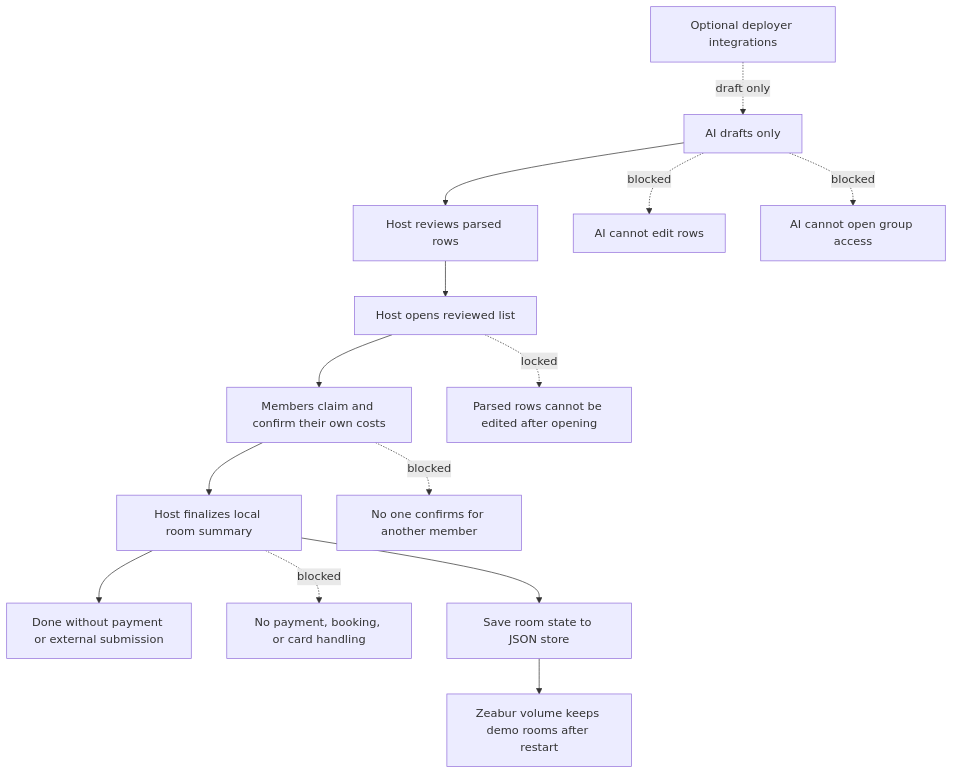
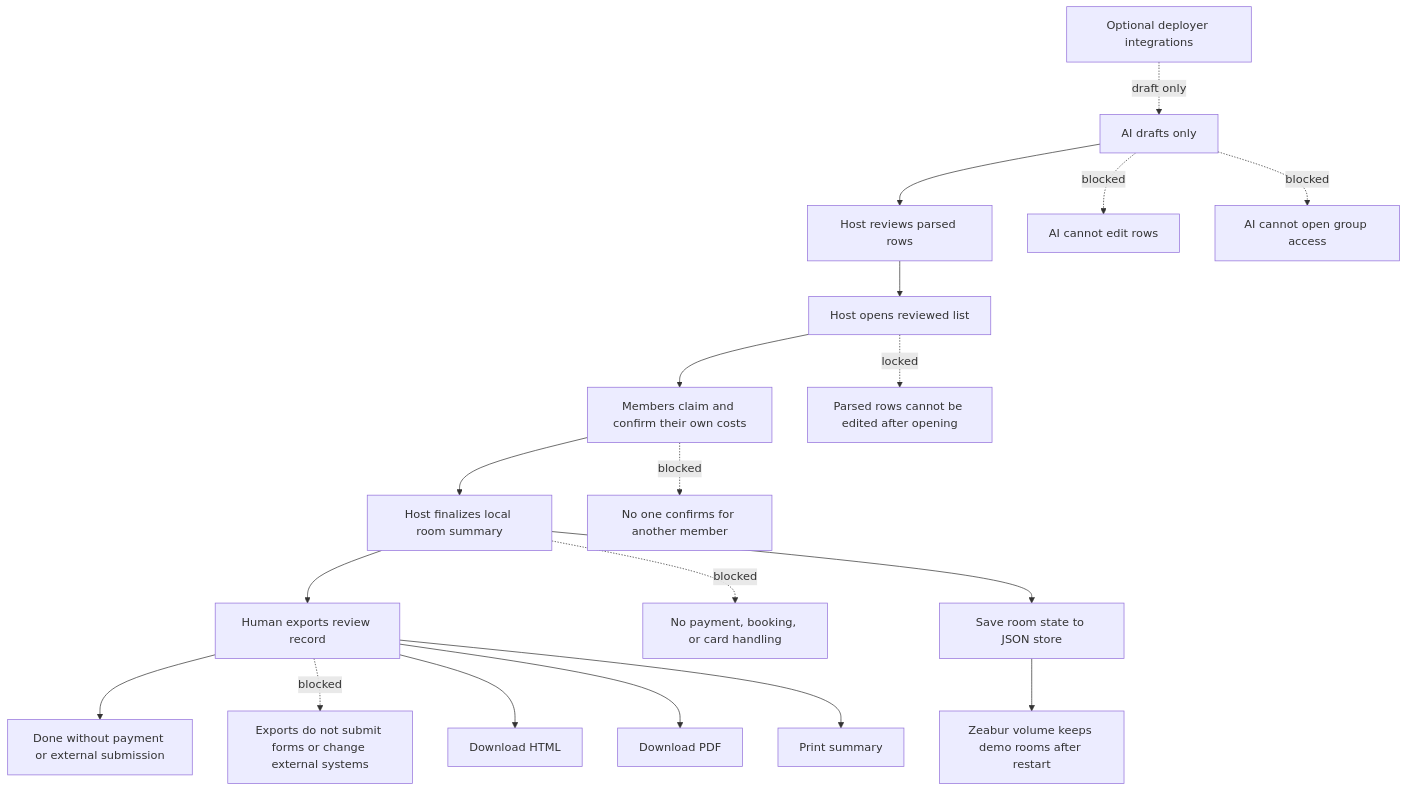
One commit to jiarong0423/shared-room-mcp changed the second of 7 diagrams in docs/ai-generated/2026Q3/shared_room_mermaid_module_design_20260831.md. Above: the diagram before and after it, drawn with Mermaid. The commit also changed other lines of this file and 4 other files, not shown here.

Commit message:
Align architecture and export readability evidence

````diff
--- a/docs/ai-generated/2026Q3/shared_room_mermaid_module_design_20260831.md
+++ b/docs/ai-generated/2026Q3/shared_room_mermaid_module_design_20260831.md
@@ -56,19 +59,24 @@
 ```mermaid
 flowchart TD
   A[AI drafts only] --> B[Host reviews parsed rows]
   B --> C[Host opens reviewed list]
   C --> D[Members claim and confirm their own costs]
   D --> E[Host finalizes local room summary]
-  E --> DONE[Done without payment or external submission]
+  E --> F[Human exports review record]
+  F --> DONE[Done without payment or external submission]
 
   A -. blocked .-> X1[AI cannot edit rows]
   A -. blocked .-> X2[AI cannot open group access]
   C -. locked .-> X3[Parsed rows cannot be edited after opening]
   D -. blocked .-> X4[No one confirms for another member]
   E -. blocked .-> X5[No payment, booking, or card handling]
+  F -. blocked .-> X6[Exports do not submit forms or change external systems]
 
   E --> SAVE[Save room state to JSON store]
+  F --> HTML[Download HTML]
+  F --> PDF[Download PDF]
+  F --> PRINT[Print summary]
   SAVE --> VOL[Zeabur volume keeps demo rooms after restart]
 
   OPTIONAL[Optional deployer integrations] -. draft only .-> A
 ```
````
